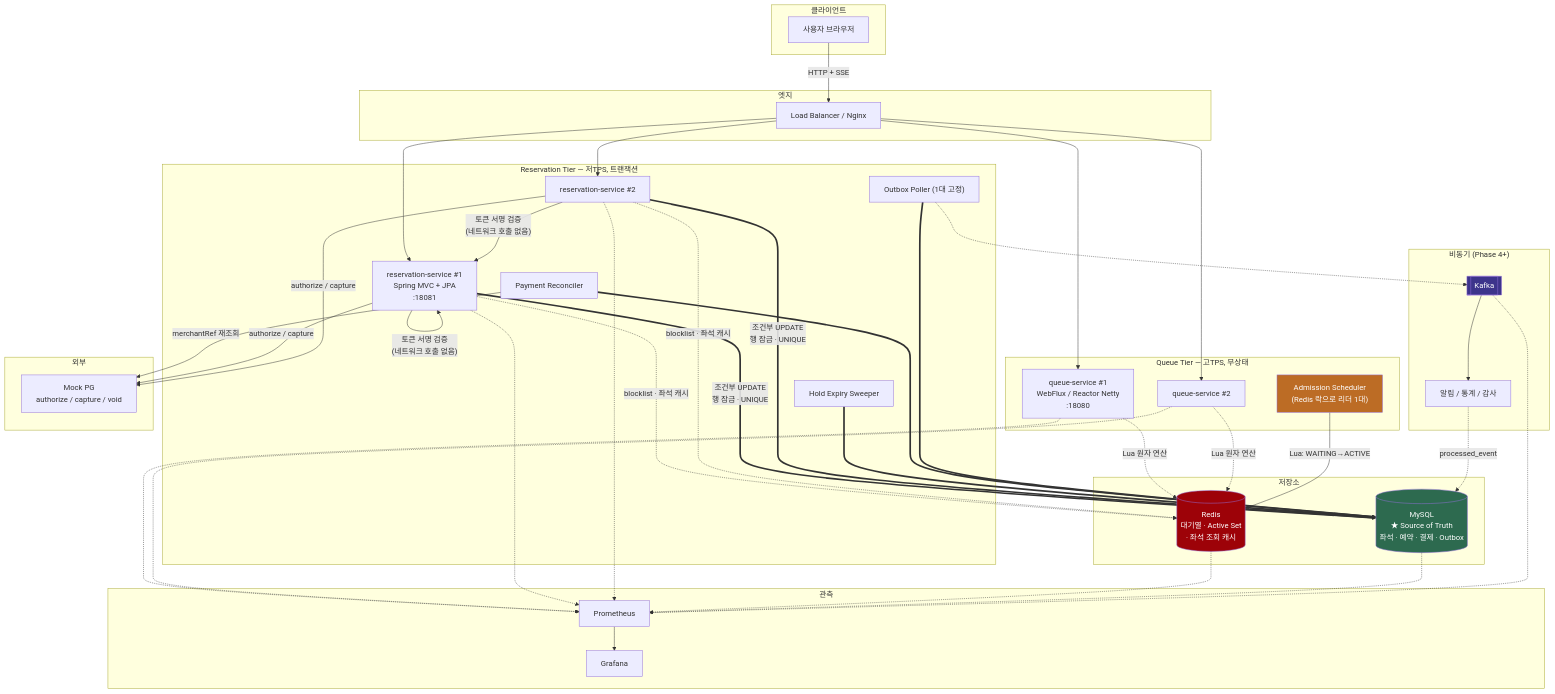
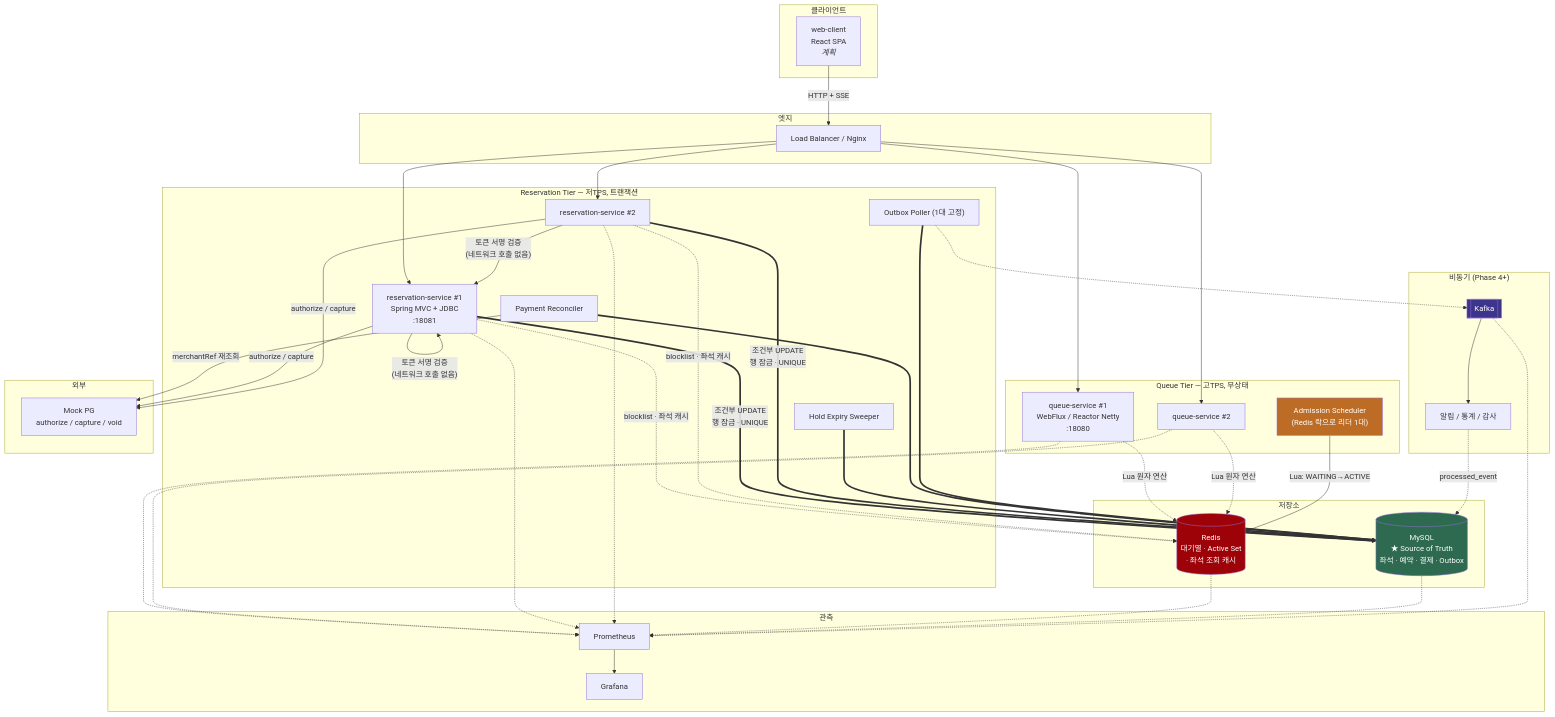
One commit to whdkfhr/rail-gate changed the first of 4 diagrams in docs/ARCHITECTURE.md. Above: the diagram before and after it, drawn with Mermaid. The commit also changed other lines of this file and 5 other files, not shown here.

````diff
--- a/docs/ARCHITECTURE.md
+++ b/docs/ARCHITECTURE.md
@@ -20,72 +21,72 @@
 ```mermaid
 graph TB
     subgraph Client["클라이언트"]
-        U["사용자 브라우저"]
+        U["web-client<br/>React SPA<br/><i>계획</i>"]
     end
 
     subgraph Edge["엣지"]
         LB["Load Balancer / Nginx"]
     end
 
     subgraph QueueTier["Queue Tier — 고TPS, 무상태"]
         Q1["queue-service #1<br/>WebFlux / Reactor Netty<br/>:18080"]
         Q2["queue-service #2"]
         SCHED["Admission Scheduler<br/>(Redis 락으로 리더 1대)"]
     end
 
     subgraph ResTier["Reservation Tier — 저TPS, 트랜잭션"]
-        R1["reservation-service #1<br/>Spring MVC + JPA<br/>:18081"]
+        R1["reservation-service #1<br/>Spring MVC + JDBC<br/>:18081"]
         R2["reservation-service #2"]
         SWEEP["Hold Expiry Sweeper"]
         RECON["Payment Reconciler"]
         OUTBOX["Outbox Poller (1대 고정)"]
     end
 
     subgraph Store["저장소"]
         REDIS[("Redis<br/>대기열 · Active Set<br/>· 좌석 조회 캐시")]
         MYSQL[("MySQL<br/>★ Source of Truth<br/>좌석 · 예약 · 결제 · Outbox")]
     end
 
     subgraph Async["비동기 (Phase 4+)"]
         KAFKA[["Kafka"]]
         CONS["알림 / 통계 / 감사"]
     end
 
     subgraph Ext["외부"]
         PG["Mock PG<br/>authorize / capture / void"]
     end
 
     subgraph Obs["관측"]
         PROM["Prometheus"]
         GRAF["Grafana"]
     end
 
     U -->|"HTTP + SSE"| LB
     LB --> Q1 & Q2
     LB --> R1 & R2
 
     Q1 & Q2 -.->|"Lua 원자 연산"| REDIS
     SCHED -->|"Lua: WAITING→ACTIVE"| REDIS
 
     R1 & R2 -->|"토큰 서명 검증<br/>(네트워크 호출 없음)"| R1
     R1 & R2 -.->|"blocklist · 좌석 캐시"| REDIS
     R1 & R2 ==>|"조건부 UPDATE<br/>행 잠금 · UNIQUE"| MYSQL
     SWEEP ==> MYSQL
     RECON ==> MYSQL
     OUTBOX ==> MYSQL
     RECON -->|"merchantRef 재조회"| PG
     R1 & R2 -->|"authorize / capture"| PG
 
     OUTBOX -.-> KAFKA
     KAFKA --> CONS
     CONS -.->|"processed_event"| MYSQL
 
     Q1 & Q2 & R1 & R2 -.-> PROM
     REDIS & MYSQL & KAFKA -.-> PROM
     PROM --> GRAF
 
     style MYSQL fill:#2d6a4f,color:#fff
     style REDIS fill:#9d0208,color:#fff
     style KAFKA fill:#3d348b,color:#fff
     style SCHED fill:#bc6c25,color:#fff
 ```
````
